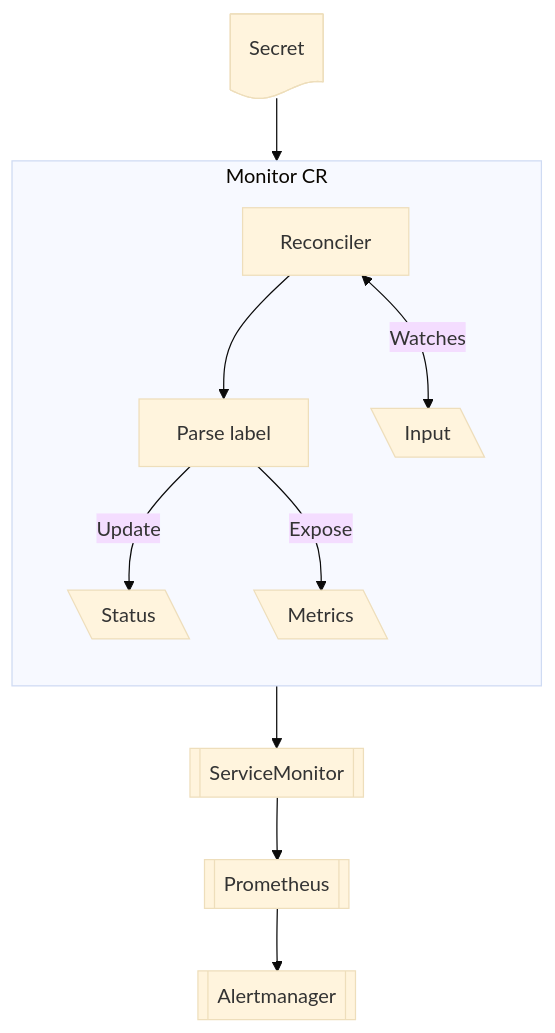
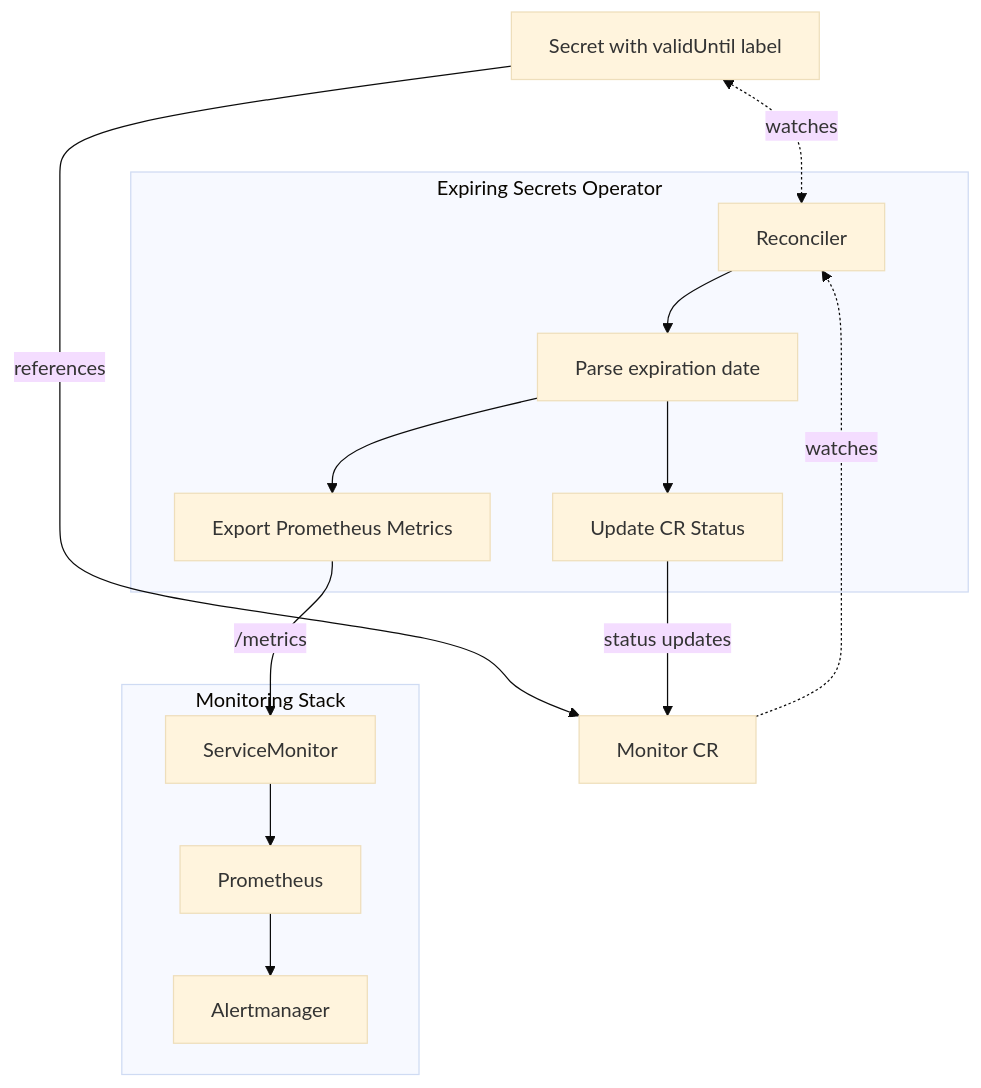
Before and after one commit to stakater/expiring-secret-operator: the first of 2 diagrams in README.md, drawn with Mermaid (base theme). The commit also changed other lines of this file and 25 other files, not shown here.

````diff
--- a/README.md
+++ b/README.md
@@ -148,30 +148,34 @@
 ```mermaid
 graph TD
-    SECRET@{ shape: doc, label: "Secret"}
-
-    subgraph MCR[Monitor CR]
-      direction TD
-      MCRRW[Reconciler]
-      MCRPAR[Parse label]
-
-      MCRSTATUS[\Status\]
-      MCRMETRIC[\Metrics\]
-
-      MCRINPUT[\Input\]
-
-      MCRRW --> MCRPAR
-      MCRRW <-- Watches --> MCRINPUT
-      MCRPAR -->|Update| MCRSTATUS
-      MCRPAR -->|Expose| MCRMETRIC
+    SECRET[Secret with validUntil label]
+    MONITOR_CR[Monitor CR]
+    
+    subgraph OPERATOR[Expiring Secrets Operator]
+        RECONCILER[Reconciler]
+        PARSER[Parse expiration date]
+        STATUS_UPDATER[Update CR Status]
+        METRICS_EXPORTER[Export Prometheus Metrics]
+        
+        RECONCILER --> PARSER
+        PARSER --> STATUS_UPDATER
+        PARSER --> METRICS_EXPORTER
     end
-
-    SECRET --> MCRINPUT
-
-    SM[[ServiceMonitor]]
-    PROM[[Prometheus]]
-    AM[[Alertmanager]]
-
-    MCRMETRIC --> SM
-
-    SM --> PROM --> AM
+    
+    subgraph MONITORING[Monitoring Stack]
+        SM[ServiceMonitor] 
+        PROM[Prometheus]
+        AM[Alertmanager]
+        
+        SM --> PROM
+        PROM --> AM
+    end
+    
+    %% Watch relationships
+    SECRET <-.->|watches| RECONCILER
+    MONITOR_CR -.->|watches| RECONCILER
+    
+    %% Data flow
+    SECRET -->|references| MONITOR_CR
+    STATUS_UPDATER -->|status updates| MONITOR_CR
+    METRICS_EXPORTER -->|/metrics| SM
 ```
````
